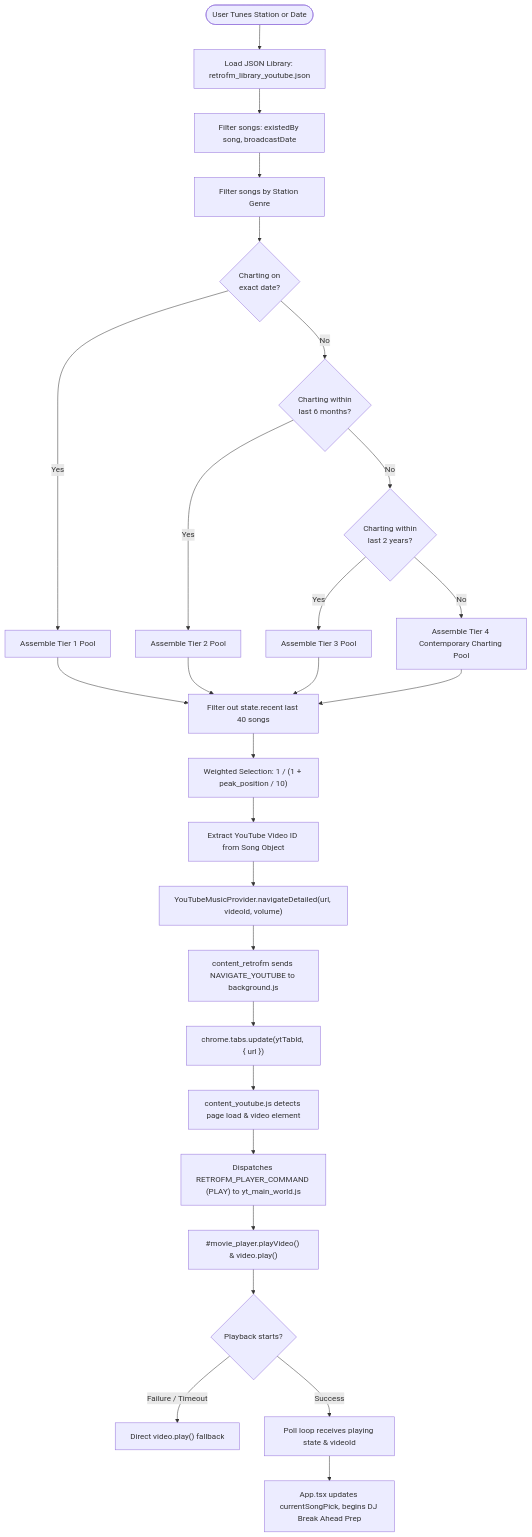
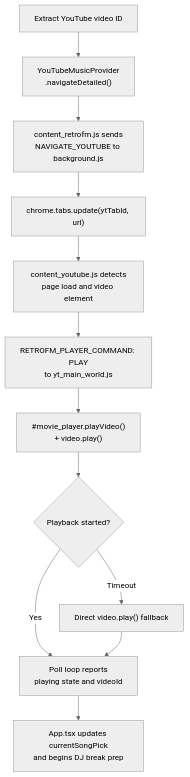
The fifth of 10 diagrams in docs/RETROFM_ARCHITECTURE.md (webpmp/RetroFM), drawn with Mermaid before and after one commit. The commit also changed other lines of this file, not shown here.

Commit message:
Update RetroFM Technical Architecture & Subsystem Specification

````diff
--- a/docs/RETROFM_ARCHITECTURE.md
+++ b/docs/RETROFM_ARCHITECTURE.md
@@ -168,34 +210,15 @@
 ```mermaid
-flowchart TD
-    Start([User Tunes Station or Date]) --> LoadCatalog[Load JSON Library: retrofm_library_youtube.json]
-    LoadCatalog --> FilterDate[Filter songs: existedBy song, broadcastDate]
-    FilterDate --> FilterGenre[Filter songs by Station Genre]
-    FilterGenre --> CheckTier1{Charting on<br/>exact date?}
-
-    CheckTier1 -- Yes --> PoolTier1[Assemble Tier 1 Pool]
-    CheckTier1 -- No --> CheckTier2{Charting within<br/>last 6 months?}
-    CheckTier2 -- Yes --> PoolTier2[Assemble Tier 2 Pool]
-    CheckTier2 -- No --> CheckTier3{Charting within<br/>last 2 years?}
-    CheckTier3 -- Yes --> PoolTier3[Assemble Tier 3 Pool]
-    CheckTier3 -- No --> PoolTier4[Assemble Tier 4 Contemporary Charting Pool]
-
-    PoolTier1 --> DeDup[Filter out state.recent last 40 songs]
-    PoolTier2 --> DeDup
-    PoolTier3 --> DeDup
-    PoolTier4 --> DeDup
-
-    DeDup --> WeightedPick["Weighted Selection: 1 / (1 + peak_position / 10)"]
-    WeightedPick --> ExtractYT[Extract YouTube Video ID from Song Object]
-    ExtractYT --> NavCall["YouTubeMusicProvider.navigateDetailed(url, videoId, volume)"]
-
-    NavCall --> ExtMsg["content_retrofm sends NAVIGATE_YOUTUBE to background.js"]
-    ExtMsg --> TabsUpdate["chrome.tabs.update(ytTabId, { url })"]
-    TabsUpdate --> InjectedScript["content_youtube.js detects page load & video element"]
-    InjectedScript --> MainWorldBridge["Dispatches RETROFM_PLAYER_COMMAND (PLAY) to yt_main_world.js"]
-    MainWorldBridge --> MoviePlayer["#movie_player.playVideo() & video.play()"]
-
-    MoviePlayer --> MonitorLoop{Playback starts?}
-    MonitorLoop -- Failure / Timeout --> DirectVideoPlay["Direct video.play() fallback"]
-    MonitorLoop -- Success --> PollLoop["Poll loop receives playing state & videoId"]
-    PollLoop --> AppSync["App.tsx updates currentSongPick, begins DJ Break Ahead Prep"]
+%%{init: {"theme":"neutral"}}%%
+flowchart TB
+    A["Extract YouTube video ID"] --> B["YouTubeMusicProvider<br/>.navigateDetailed()"]
+    B --> C["content_retrofm.js sends<br/>NAVIGATE_YOUTUBE to background.js"]
+    C --> D["chrome.tabs.update(ytTabId, url)"]
+    D --> E["content_youtube.js detects<br/>page load and video element"]
+    E --> F["RETROFM_PLAYER_COMMAND: PLAY<br/>to yt_main_world.js"]
+    F --> G["#movie_player.playVideo()<br/>+ video.play()"]
+    G --> H{"Playback started?"}
+    H -->|"Yes"| I["Poll loop reports<br/>playing state and videoId"]
+    H -->|"Timeout"| J["Direct video.play() fallback"]
+    J --> I
+    I --> K["App.tsx updates currentSongPick<br/>and begins DJ break prep"]
 ```
````
